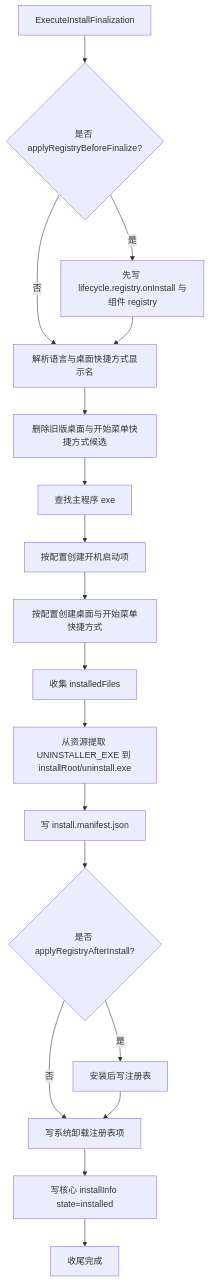
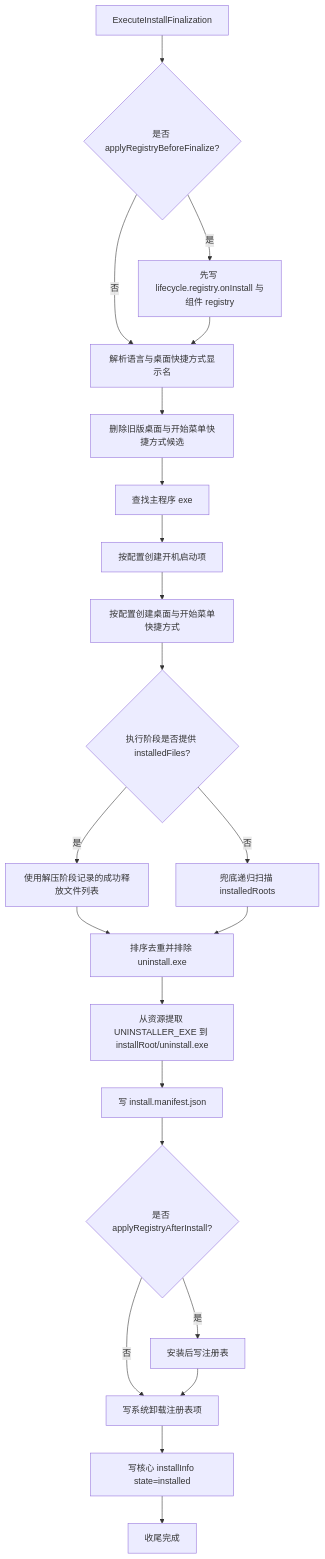
The ninth of 11 diagrams in docs/安装器流程图.md (lu020218/Multi-Threaded_Installer), drawn with Mermaid before and after one commit. The commit also changed other lines of this file and 1 other file, not shown here.

Commit message:
更新流程图文档

````diff
--- a/docs/安装器流程图.md
+++ b/docs/安装器流程图.md
@@ -176,20 +196,24 @@
 ```mermaid
 flowchart TD
-    A[ExecuteInstallFinalization] --> B{是否 applyRegistryBeforeFinalize?}
-    B -->|是| B1[先写 lifecycle.registry.onInstall 与组件 registry]
-    B -->|否| C[解析语言与桌面快捷方式显示名]
+    A["ExecuteInstallFinalization"] --> B{"是否 applyRegistryBeforeFinalize?"}
+    B -->|是| B1["先写 lifecycle.registry.onInstall 与组件 registry"]
+    B -->|否| C["解析语言与桌面快捷方式显示名"]
     B1 --> C
-    C --> D[删除旧版桌面与开始菜单快捷方式候选]
-    D --> E[查找主程序 exe]
-    E --> F[按配置创建开机启动项]
-    F --> G[按配置创建桌面与开始菜单快捷方式]
-    G --> H[收集 installedFiles]
-    H --> I[从资源提取 UNINSTALLER_EXE 到 installRoot/uninstall.exe]
-    I --> J[写 install.manifest.json]
-    J --> K{是否 applyRegistryAfterInstall?}
-    K -->|是| K1[安装后写注册表]
-    K -->|否| L[写系统卸载注册表项]
-    K1 --> L
-    L --> M[写核心 installInfo state=installed]
-    M --> N[收尾完成]
+    C --> D["删除旧版桌面与开始菜单快捷方式候选"]
+    D --> E["查找主程序 exe"]
+    E --> F["按配置创建开机启动项"]
+    F --> G["按配置创建桌面与开始菜单快捷方式"]
+    G --> H{"执行阶段是否提供 installedFiles?"}
+    H -->|是| H1["使用解压阶段记录的成功释放文件列表"]
+    H -->|否| H2["兜底递归扫描 installedRoots"]
+    H1 --> I["排序去重并排除 uninstall.exe"]
+    H2 --> I
+    I --> J["从资源提取 UNINSTALLER_EXE 到 installRoot/uninstall.exe"]
+    J --> K["写 install.manifest.json"]
+    K --> L{"是否 applyRegistryAfterInstall?"}
+    L -->|是| L1["安装后写注册表"]
+    L -->|否| M["写系统卸载注册表项"]
+    L1 --> M
+    M --> N["写核心 installInfo state=installed"]
+    N --> O["收尾完成"]
 ```
````
